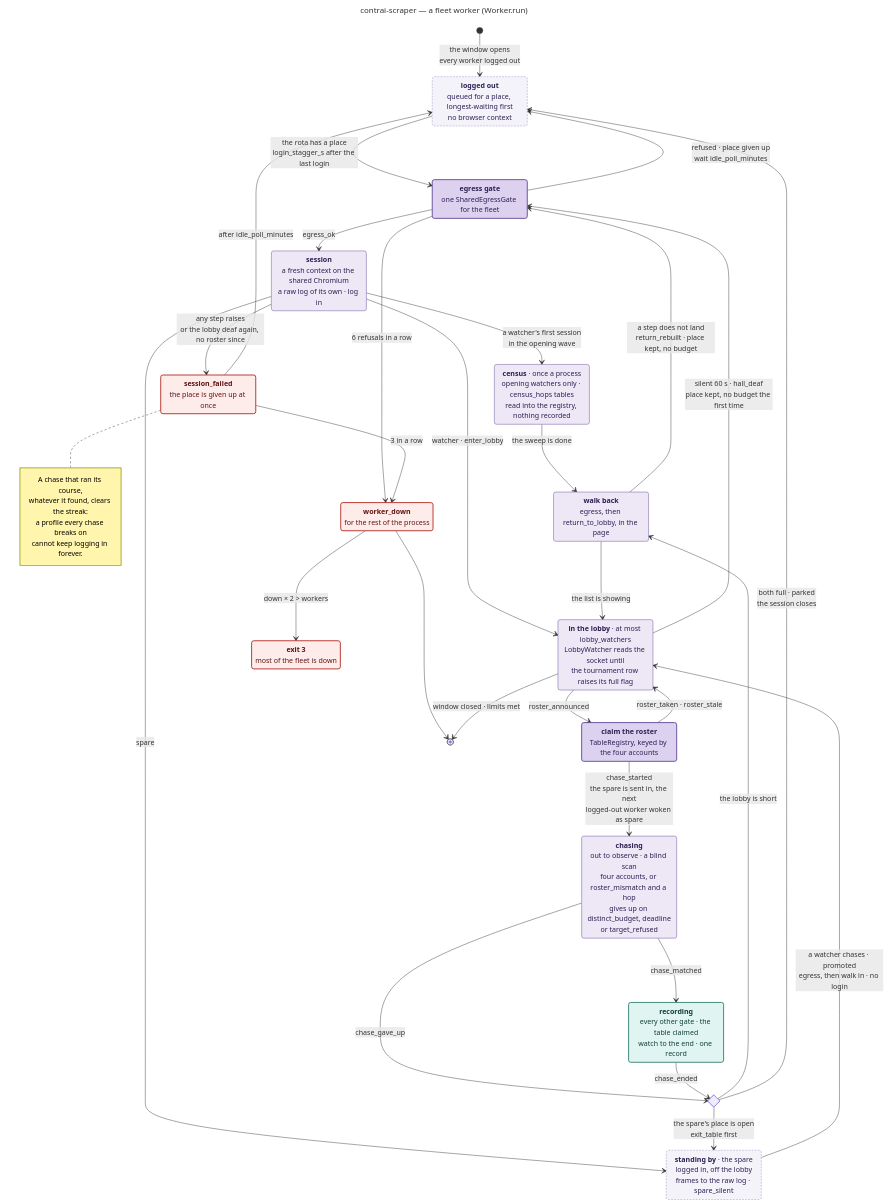
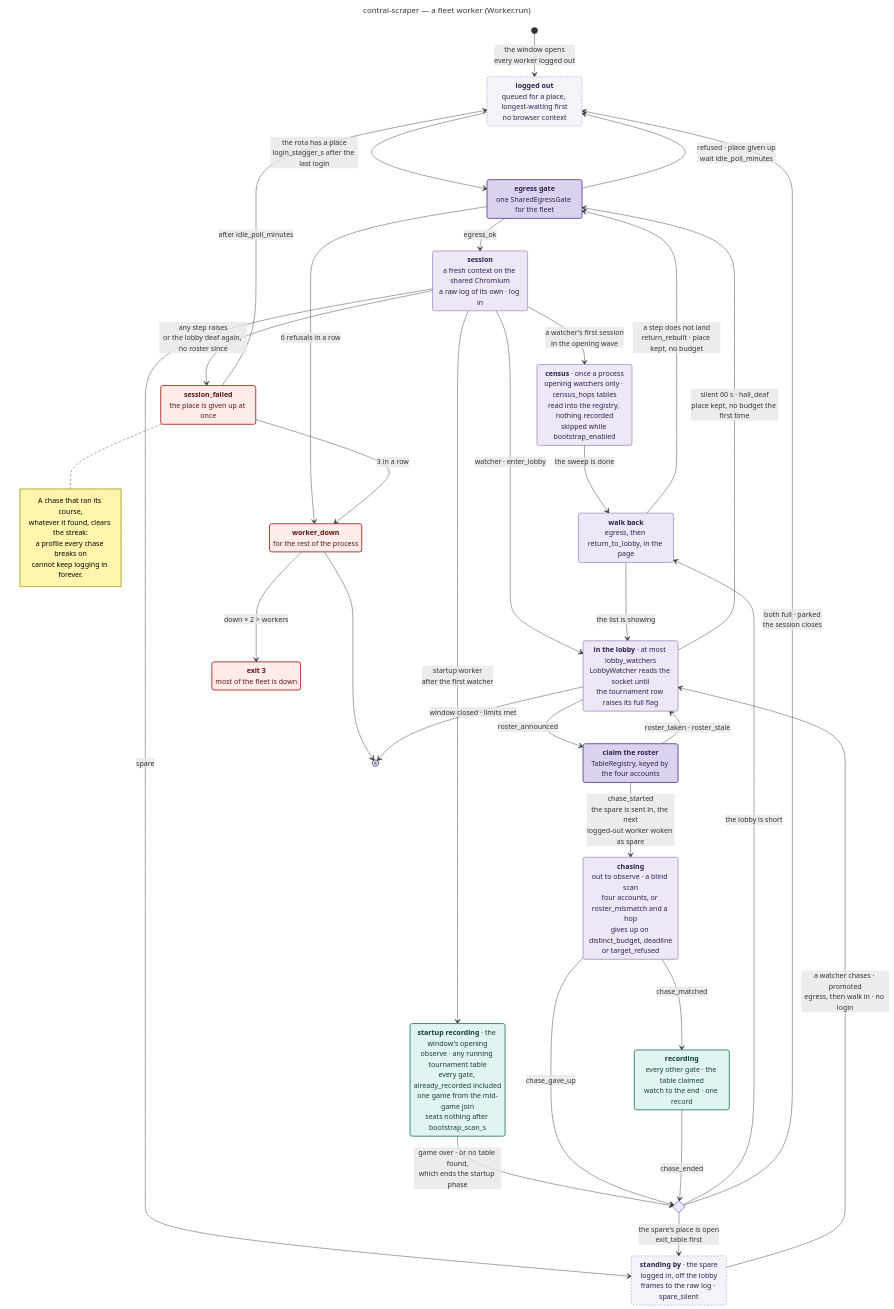
Before and after one commit to valmathieu/ContrAI: the diagram in docs/diagrams/state_scraper_worker.mmd, drawn with Mermaid. The commit also changed 12 other files, not shown here.

First line of the commit message:
feat(scraper): record the games already running when a fleet window opens

```diff
--- a/docs/diagrams/state_scraper_worker.mmd
+++ b/docs/diagrams/state_scraper_worker.mmd
@@ -1,69 +1,72 @@
 ---
 title: contrai-scraper — a fleet worker (Worker.run)
 ---
 stateDiagram-v2
     direction TB
 
     [*] --> Out : the window opens<br/>every worker logged out
 
     Out : <b>logged out</b><br/>queued for a place, longest-waiting first<br/>no browser context
     Egress : <b>egress gate</b><br/>one SharedEgressGate for the fleet
     Session : <b>session</b><br/>a fresh context on the shared Chromium<br/>a raw log of its own · log in
-    Census : <b>census</b> · once a process<br/>opening watchers only · census_hops tables<br/>read into the registry, nothing recorded
+    Census : <b>census</b> · once a process<br/>opening watchers only · census_hops tables<br/>read into the registry, nothing recorded<br/>skipped while bootstrap_enabled
+    Boot : <b>startup recording</b> · the window's opening<br/>observe · any running tournament table<br/>every gate, already_recorded included<br/>one game from the mid-game join<br/>seats nothing after bootstrap_scan_s
     Spare : <b>standing by</b> · the spare<br/>logged in, off the lobby<br/>frames to the raw log · spare_silent
     Hall : <b>in the lobby</b> · at most lobby_watchers<br/>LobbyWatcher reads the socket until<br/>the tournament row raises its full flag
     Claim : <b>claim the roster</b><br/>TableRegistry, keyed by the four accounts
     Chasing : <b>chasing</b><br/>out to observe · a blind scan<br/>four accounts, or roster_mismatch and a hop<br/>gives up on distinct_budget, deadline<br/>or target_refused
     Recording : <b>recording</b><br/>every other gate · the table claimed<br/>watch to the end · one record
     state Done <<choice>>
     Back : <b>walk back</b><br/>egress, then return_to_lobby, in the page
     Failed : <b>session_failed</b><br/>the place is given up at once
     Down : <b>worker_down</b><br/>for the rest of the process
     Handback : <b>exit 3</b><br/>most of the fleet is down
 
     Out --> Egress : the rota has a place<br/>login_stagger_s after the last login
     Egress --> Session : egress_ok
     Egress --> Out : refused · place given up<br/>wait idle_poll_minutes
     Egress --> Down : 6 refusals in a row
     Session --> Census : a watcher's first session<br/>in the opening wave
     Session --> Hall : watcher · enter_lobby
     Session --> Spare : spare
+    Session --> Boot : startup worker<br/>after the first watcher
+    Boot --> Done : game over · or no table found,<br/>which ends the startup phase
     Census --> Back : the sweep is done
     Spare --> Hall : a watcher chases · promoted<br/>egress, then walk in · no login
     Hall --> Claim : roster_announced
     Claim --> Hall : roster_taken · roster_stale
     Claim --> Chasing : chase_started<br/>the spare is sent in, the next<br/>logged-out worker woken as spare
     Chasing --> Recording : chase_matched
     Chasing --> Done : chase_gave_up
     Recording --> Done : chase_ended
     Done --> Back : the lobby is short
     Done --> Spare : the spare's place is open<br/>exit_table first
     Done --> Out : both full · parked<br/>the session closes
     Back --> Hall : the list is showing
     Back --> Egress : a step does not land<br/>return_rebuilt · place kept, no budget
     Hall --> Egress : silent 60 s · hall_deaf<br/>place kept, no budget the first time
     Session --> Failed : any step raises<br/>or the lobby deaf again, no roster since
     Failed --> Out : after idle_poll_minutes
     Failed --> Down : 3 in a row
     Down --> Handback : down × 2 > workers
     Down --> [*]
     Hall --> [*] : window closed · limits met
 
     note right of Failed
         A chase that ran its course,
         whatever it found, clears the streak:
         a profile every chase breaks on
         cannot keep logging in forever.
     end note
 
     classDef gate fill:#DCD2F0,stroke:#5E4495,stroke-width:2px,color:#2E1F52
     classDef work fill:#EDE7F6,stroke:#5E4495,stroke-width:1px,color:#2E1F52
     classDef idle fill:#F5F3FA,stroke:#8E7CB8,stroke-width:1px,color:#2E1F52,stroke-dasharray:4 3
     classDef record fill:#E0F5F2,stroke:#2E7D6F,stroke-width:2px,color:#123E36
     classDef fault fill:#FDECEA,stroke:#B3261E,stroke-width:2px,color:#5F1410
 
     class Egress,Claim gate
     class Session,Census,Hall,Chasing,Back work
     class Out,Spare idle
-    class Recording record
+    class Recording,Boot record
     class Failed,Down,Handback fault
```
